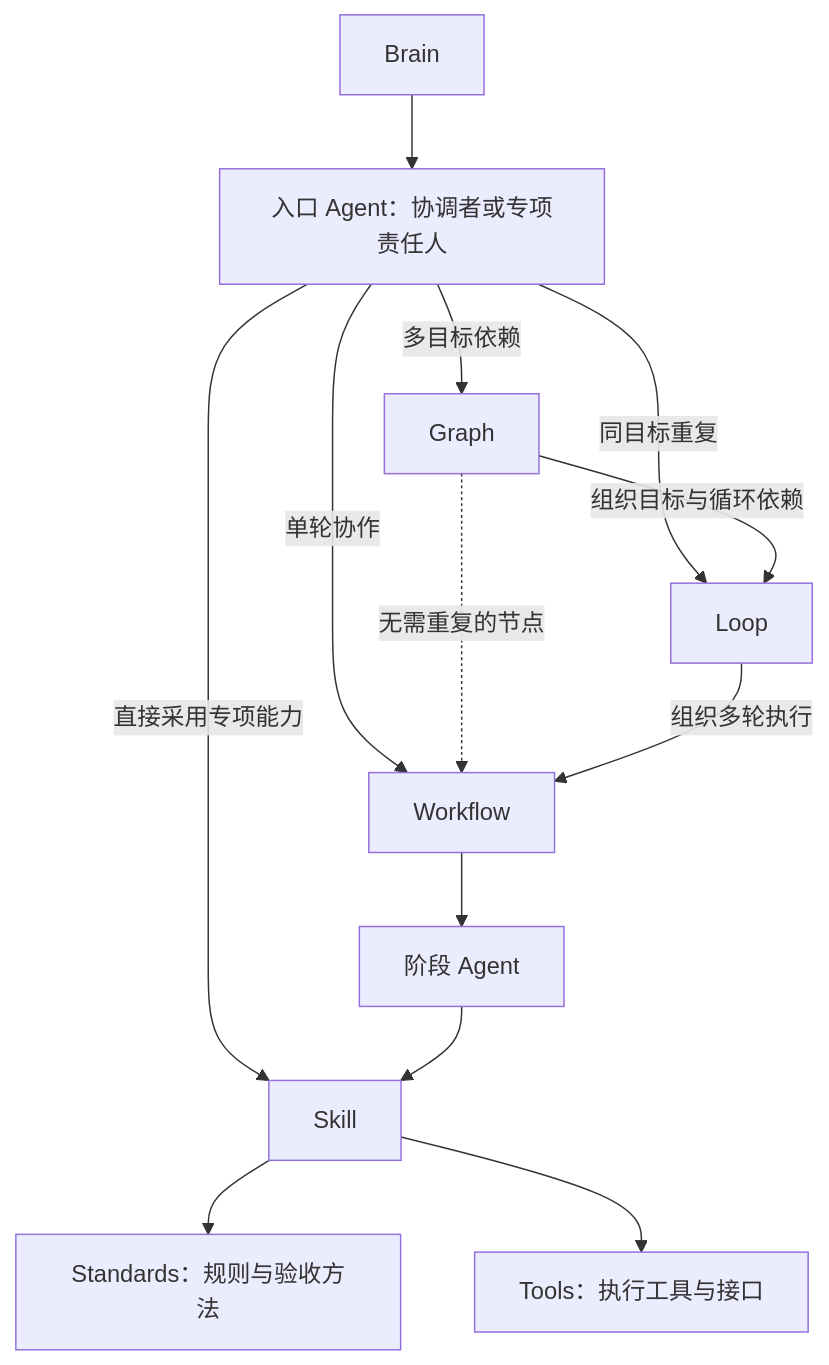
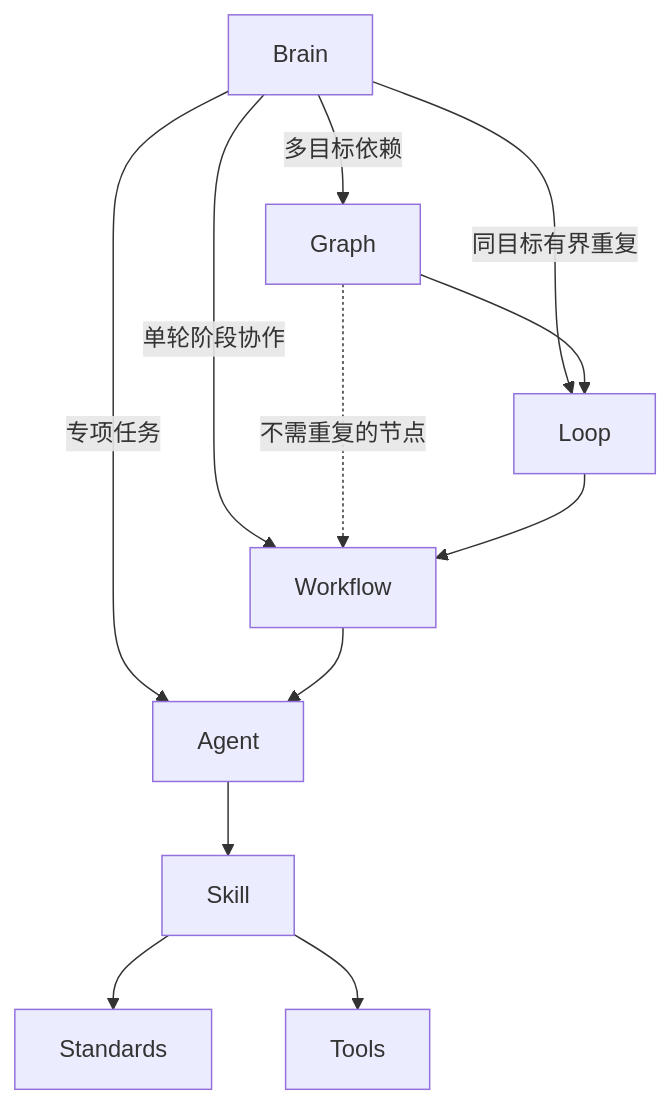
One commit to Lanqiao-Luca/ai-java-workflow changed the second of 3 diagrams in README.md. Above: the diagram before and after it, drawn with Mermaid. The commit also changed other lines of this file and 29 other files, not shown here.

````diff
--- a/README.md
+++ b/README.md
@@ -33,15 +33,14 @@
 ```mermaid
 flowchart TD
-    B[Brain] --> C["入口 Agent：协调者或专项责任人"]
-    C -->|多目标依赖| G[Graph]
-    C -->|同目标重复| L[Loop]
-    C -->|单轮协作| W[Workflow]
-    G -->|组织目标与循环依赖| L
-    G -.->|无需重复的节点| W
-    L -->|组织多轮执行| W
-    W --> E[阶段 Agent]
-    C -->|直接采用专项能力| S[Skill]
-    E --> S
-    S --> P["Standards：规则与验收方法"]
-    S --> T["Tools：执行工具与接口"]
+    B[Brain] -->|多目标依赖| G[Graph]
+    B -->|同目标有界重复| L[Loop]
+    B -->|单轮阶段协作| W[Workflow]
+    B -->|专项任务| A[Agent]
+    G --> L
+    G -.->|不需重复的节点| W
+    L --> W
+    W --> A
+    A --> S[Skill]
+    S --> P[Standards]
+    S --> T[Tools]
 ```
````
